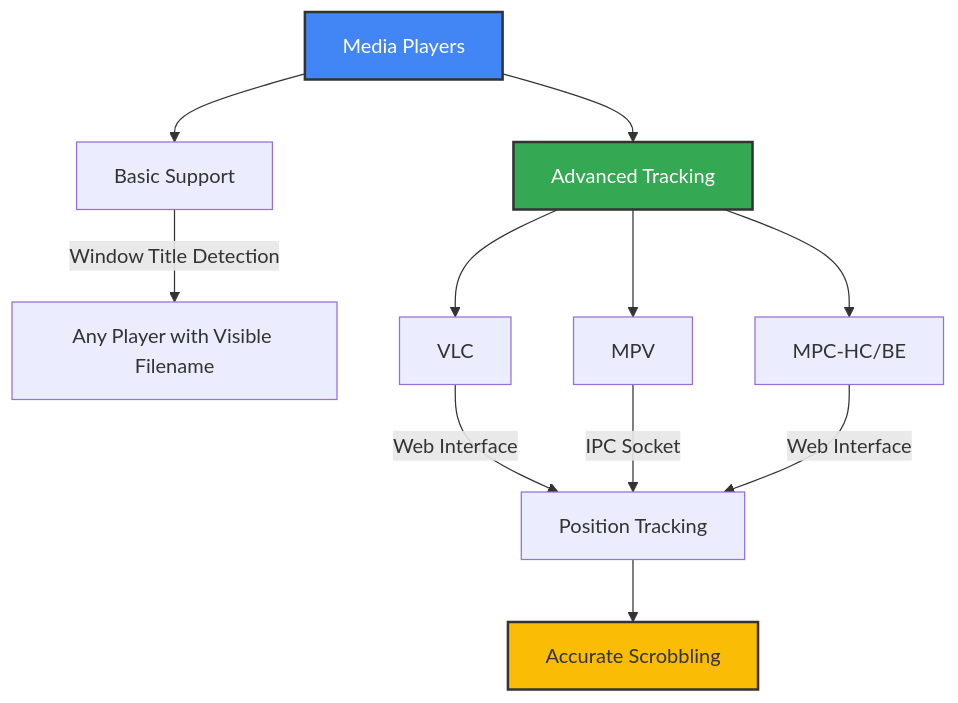
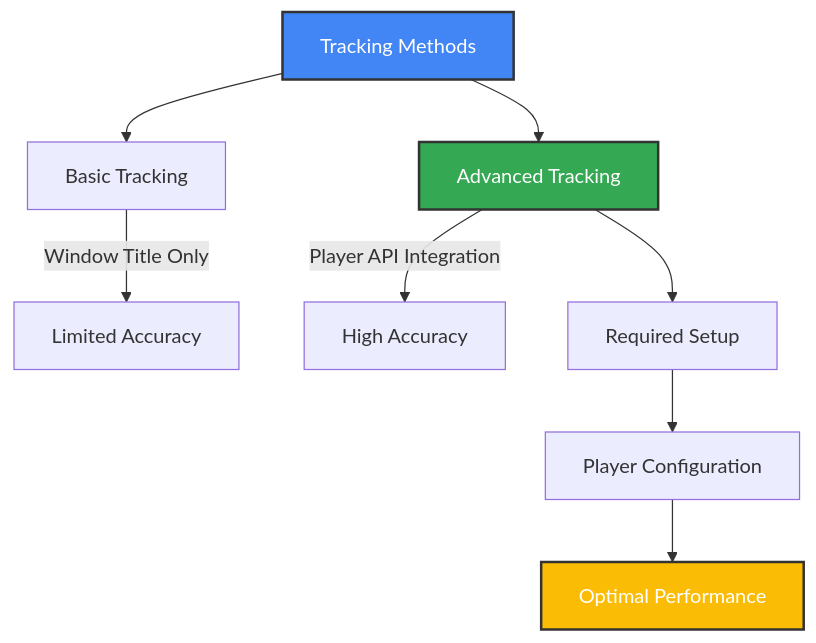
Before and after one commit to ByteTrix/Media-Player-Scrobbler-for-Simkl: the first of 5 diagrams in docs/media-players.md, drawn with Mermaid. The commit also changed other lines of this file and 10 other files, not shown here.

First line of the commit message:
Enhance documentation for Media Player Scrobbler for Simkl

````diff
--- a/docs/media-players.md
+++ b/docs/media-players.md
@@ -7,16 +9,13 @@
 ```mermaid
 graph TD
-    A[Media Players] --> B[Basic Support]
+    A[Tracking Methods] --> B[Basic Tracking]
     A --> C[Advanced Tracking]
-    B -->|Window Title Detection| D[Any Player with Visible Filename]
-    C --> E[VLC]
-    C --> F[MPV]
-    C --> G[MPC-HC/BE]
-    E -->|Web Interface| I[Position Tracking]
-    F -->|IPC Socket| I
-    G -->|Web Interface| I
-    I --> J[Accurate Scrobbling]
+    B -->|Window Title Only| D[Limited Accuracy]
+    C -->|Player API Integration| E[High Accuracy]
+    C --> F[Required Setup]
+    F --> G[Player Configuration]
+    G --> H[Optimal Performance]
     style A fill:#4285f4,stroke:#333,stroke-width:2px,color:#fff
     style C fill:#34a853,stroke:#333,stroke-width:2px,color:#fff
-    style J fill:#fbbc05,stroke:#333,stroke-width:2px
+    style H fill:#fbbc05,stroke:#333,stroke-width:2px,color:#fff
 ```
````
